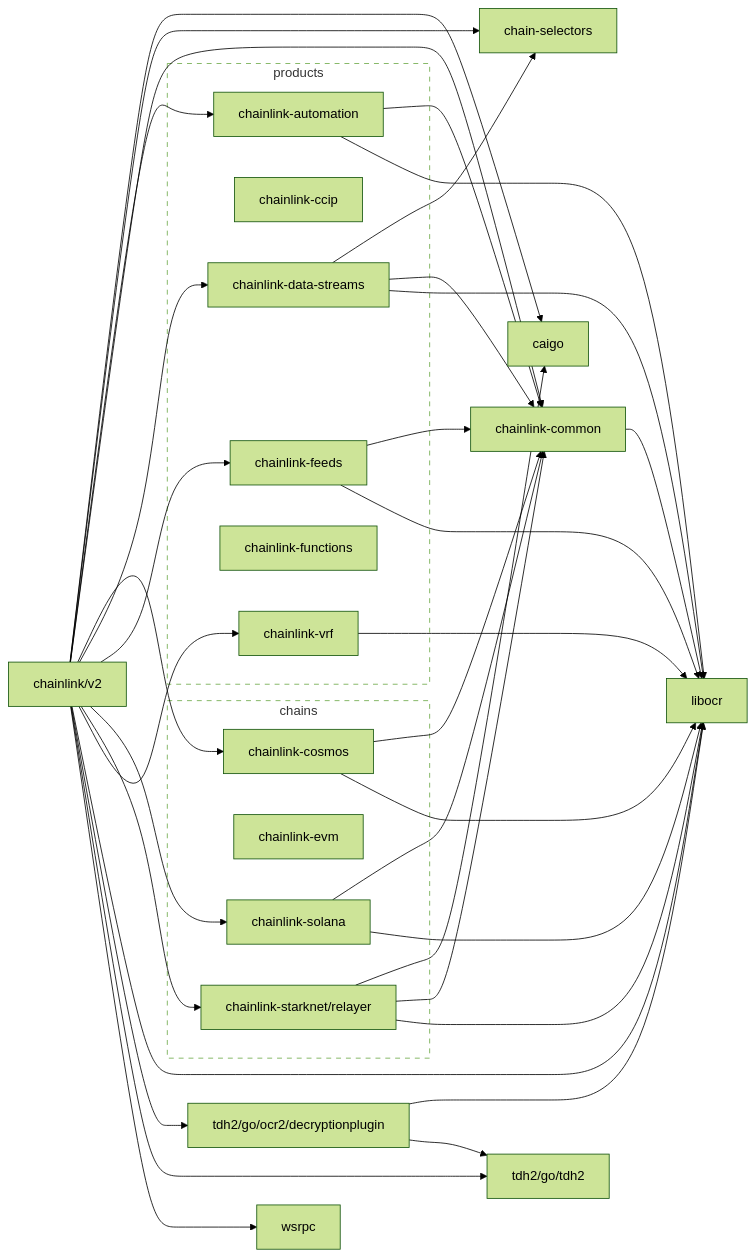
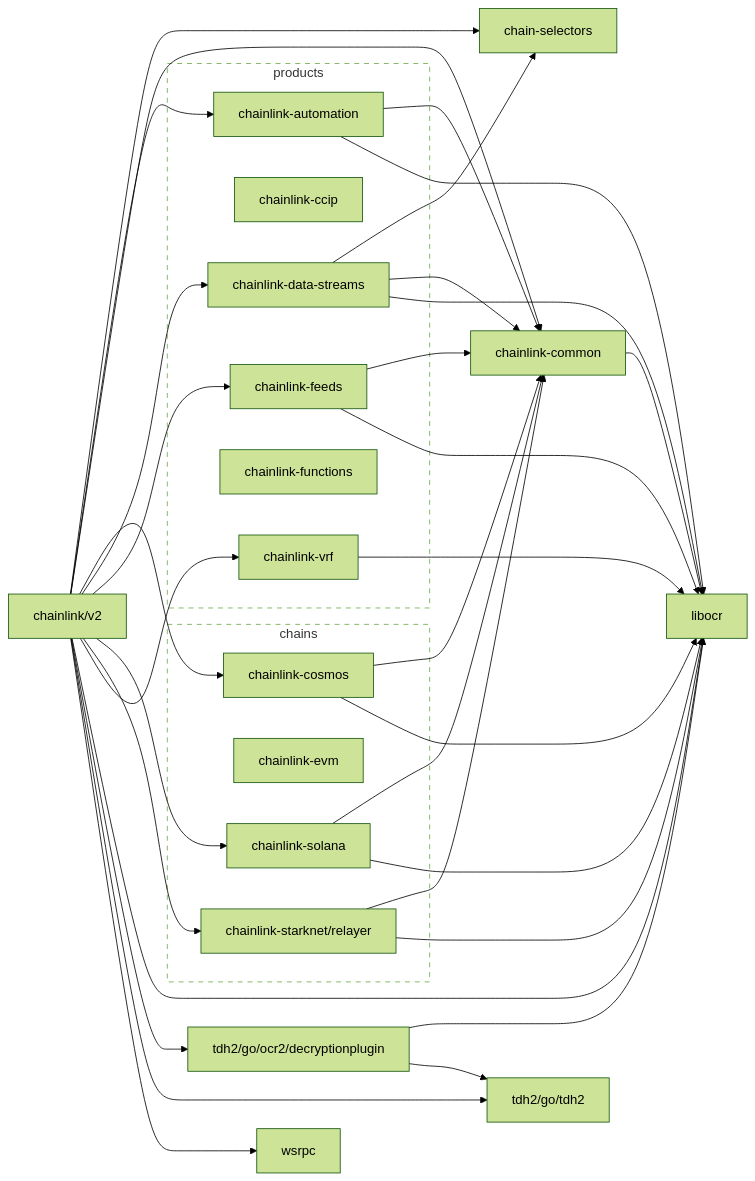
One commit to smartcontractkit/chainlink changed the diagram in go.md. Above: the diagram before and after it, drawn with Mermaid (forest theme). The commit also changed 18 other files, not shown here.

````diff
--- a/go.md
+++ b/go.md
@@ -2,68 +2,65 @@
 ```mermaid
 flowchart LR
   subgraph chains
     chainlink-cosmos
     chainlink-evm
     chainlink-solana
     chainlink-starknet/relayer
   end
 
   subgraph products
     chainlink-automation
     chainlink-ccip
     chainlink-data-streams
     chainlink-feeds
     chainlink-functions
     chainlink-vrf
   end
 
   classDef outline stroke-dasharray:6,fill:none;
   class chains,products outline
 
-  chainlink/v2 --> caigo
-  click caigo href "https://github.com/smartcontractkit/caigo"
   chainlink/v2 --> chain-selectors
   click chain-selectors href "https://github.com/smartcontractkit/chain-selectors"
   chainlink/v2 --> chainlink-automation
   click chainlink-automation href "https://github.com/smartcontractkit/chainlink-automation"
   chainlink/v2 --> chainlink-common
   click chainlink-common href "https://github.com/smartcontractkit/chainlink-common"
   chainlink/v2 --> chainlink-cosmos
   click chainlink-cosmos href "https://github.com/smartcontractkit/chainlink-cosmos"
   chainlink/v2 --> chainlink-data-streams
   click chainlink-data-streams href "https://github.com/smartcontractkit/chainlink-data-streams"
   chainlink/v2 --> chainlink-feeds
   click chainlink-feeds href "https://github.com/smartcontractkit/chainlink-feeds"
   chainlink/v2 --> chainlink-solana
   click chainlink-solana href "https://github.com/smartcontractkit/chainlink-solana"
   chainlink/v2 --> chainlink-starknet/relayer
   click chainlink-starknet/relayer href "https://github.com/smartcontractkit/chainlink-starknet"
   chainlink/v2 --> chainlink-vrf
   click chainlink-vrf href "https://github.com/smartcontractkit/chainlink-vrf"
   chainlink/v2 --> libocr
   click libocr href "https://github.com/smartcontractkit/libocr"
   chainlink/v2 --> tdh2/go/ocr2/decryptionplugin
   click tdh2/go/ocr2/decryptionplugin href "https://github.com/smartcontractkit/tdh2"
   chainlink/v2 --> tdh2/go/tdh2
   click tdh2/go/tdh2 href "https://github.com/smartcontractkit/tdh2"
   chainlink/v2 --> wsrpc
   click wsrpc href "https://github.com/smartcontractkit/wsrpc"
   chainlink-automation --> chainlink-common
   chainlink-automation --> libocr
   chainlink-common --> libocr
   chainlink-cosmos --> chainlink-common
   chainlink-cosmos --> libocr
   chainlink-data-streams --> chain-selectors
   chainlink-data-streams --> chainlink-common
   chainlink-data-streams --> libocr
   chainlink-feeds --> chainlink-common
   chainlink-feeds --> libocr
   chainlink-solana --> chainlink-common
   chainlink-solana --> libocr
-  chainlink-starknet/relayer --> caigo
   chainlink-starknet/relayer --> chainlink-common
   chainlink-starknet/relayer --> libocr
   chainlink-vrf --> libocr
   tdh2/go/ocr2/decryptionplugin --> libocr
   tdh2/go/ocr2/decryptionplugin --> tdh2/go/tdh2
 ```
````
